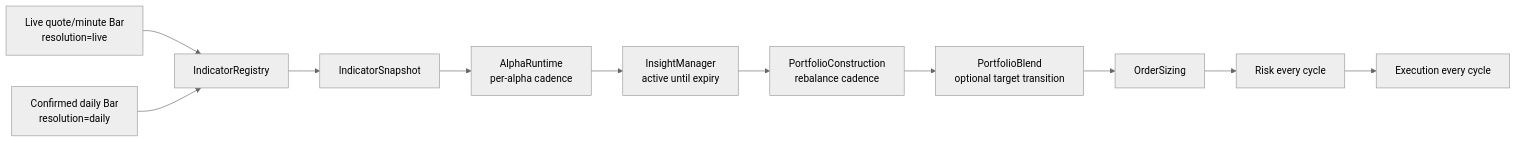
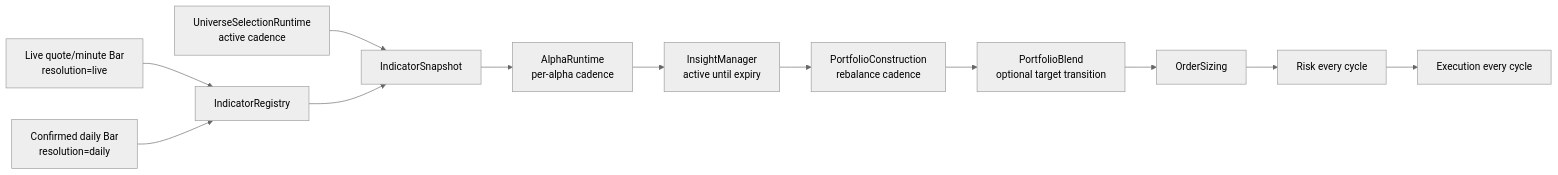
Before and after one commit to Longseabear/LEapsQuantEngine: the diagram in docs/runtime-cadence-resolution.md, drawn with Mermaid (neutral theme). The commit also changed other lines of this file and 157 other files, not shown here.

````diff
--- a/docs/runtime-cadence-resolution.md
+++ b/docs/runtime-cadence-resolution.md
@@ -34,13 +35,14 @@
 ```mermaid
 flowchart LR
     LiveQuote["Live quote/minute Bar<br/>resolution=live"] --> Registry["IndicatorRegistry"]
     DailyBar["Confirmed daily Bar<br/>resolution=daily"] --> Registry
+    Universe["UniverseSelectionRuntime<br/>active cadence"] --> Snapshot
     Registry --> Snapshot["IndicatorSnapshot"]
     Snapshot --> Alpha["AlphaRuntime<br/>per-alpha cadence"]
     Alpha --> InsightManager["InsightManager<br/>active until expiry"]
     InsightManager --> Portfolio["PortfolioConstruction<br/>rebalance cadence"]
     Portfolio --> Blend["PortfolioBlend<br/>optional target transition"]
     Blend --> Sizing["OrderSizing"]
     Sizing --> Risk["Risk every cycle"]
     Risk --> Execution["Execution every cycle"]
 ```
````
